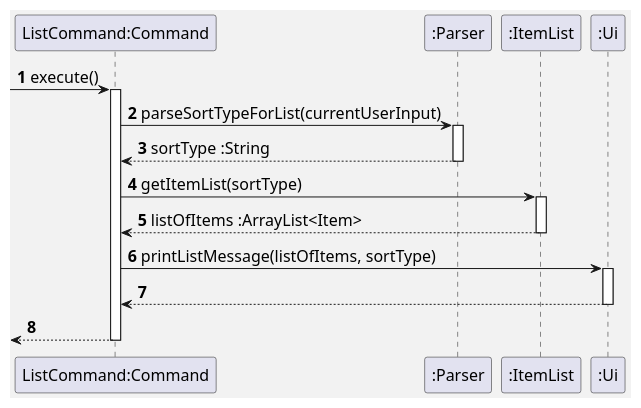
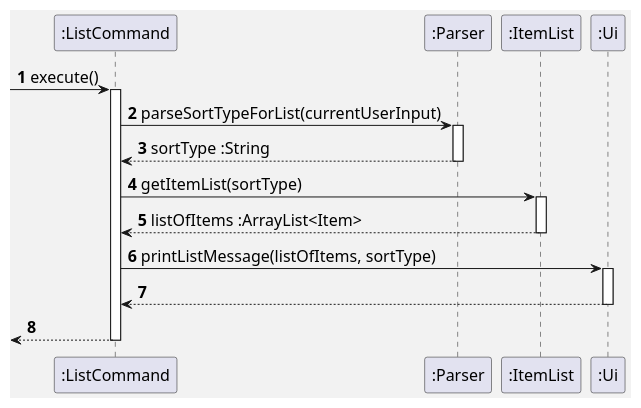
The diagram in docs/pumlFiles/ListSequence.puml (uosjapuelks/tp), drawn with PlantUML before and after one commit. The commit also changed 2 other files, not shown here.

Commit message:
Changed format for sequence diagrams

```diff
--- a/docs/pumlFiles/ListSequence.puml
+++ b/docs/pumlFiles/ListSequence.puml
@@ -1,28 +1,28 @@
 @startuml
 'https://plantuml.com/class-diagram
 
 skinparam backgroundColor #f2f2f2
 skinparam defaultFontSize 16
 
 autonumber
 
--> "ListCommand:Command": execute()
-activate "ListCommand:Command"
+-> ":ListCommand": execute()
+activate ":ListCommand"
 
-"ListCommand:Command" -> ":Parser": parseSortTypeForList(currentUserInput)
+":ListCommand" -> ":Parser": parseSortTypeForList(currentUserInput)
 activate ":Parser"
-"ListCommand:Command" <-- ":Parser": sortType :String
+":ListCommand" <-- ":Parser": sortType :String
 deactivate ":Parser"
-"ListCommand:Command" -> ":ItemList": getItemList(sortType)
+":ListCommand" -> ":ItemList": getItemList(sortType)
 activate ":ItemList"
-"ListCommand:Command" <--":ItemList": listOfItems :ArrayList<Item>
+":ListCommand" <--":ItemList": listOfItems :ArrayList<Item>
 deactivate ":ItemList"
-"ListCommand:Command" -> ":Ui": printListMessage(listOfItems, sortType)
+":ListCommand" -> ":Ui": printListMessage(listOfItems, sortType)
 activate ":Ui"
-"ListCommand:Command" <-- ":Ui"
+":ListCommand" <-- ":Ui"
 deactivate ":Ui"
 
-<-- "ListCommand:Command"
-deactivate "ListCommand:Command"
+<-- ":ListCommand"
+deactivate ":ListCommand"
 
 @enduml
```
